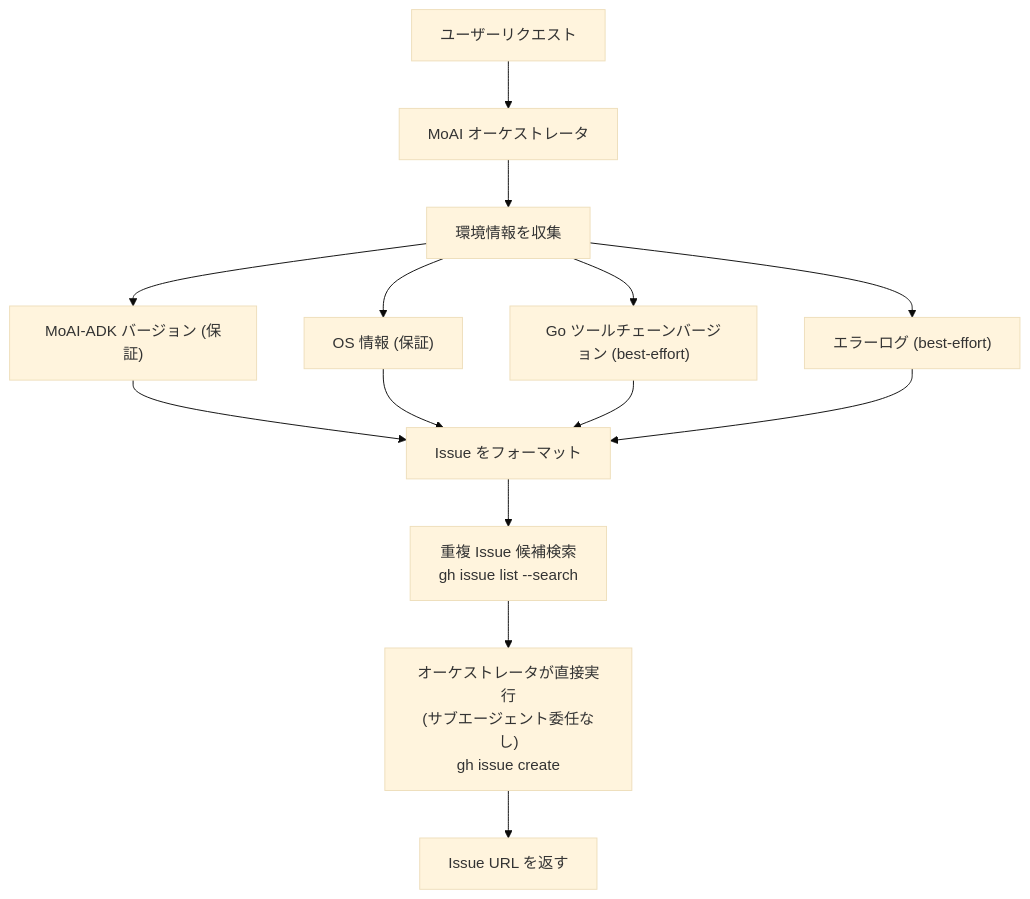
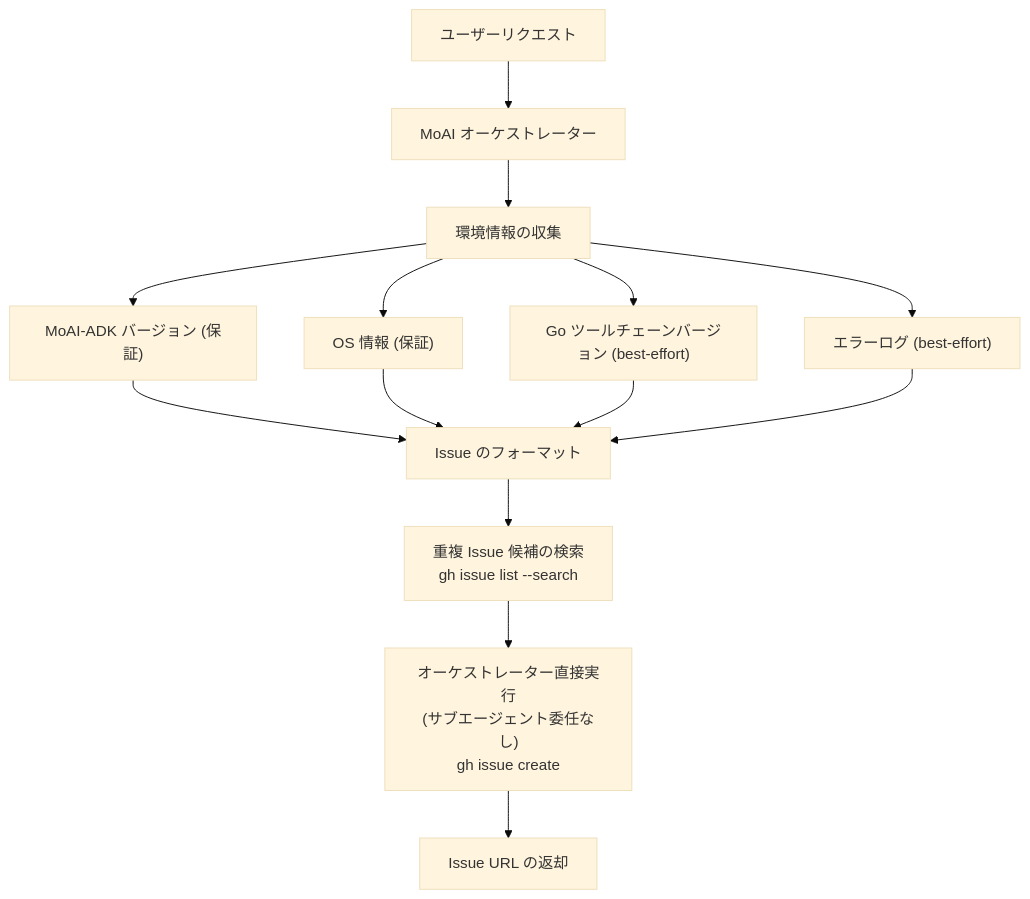
Before and after one commit to modu-ai/moai-adk: the second of 2 diagrams in docs-site/content/ja/utility-commands/moai-feedback.md, drawn with Mermaid (base theme). The commit also changed other lines of this file and 395 other files, not shown here.

````diff
--- a/docs-site/content/ja/utility-commands/moai-feedback.md
+++ b/docs-site/content/ja/utility-commands/moai-feedback.md
@@ -150,19 +142,19 @@
 ```mermaid
 flowchart TD
-    User["ユーザーリクエスト"] --> Orchestrator["MoAI オーケストレータ"]
-    Orchestrator --> Collect["環境情報を収集"]
+    User["ユーザーリクエスト"] --> Orchestrator["MoAI オーケストレーター"]
+    Orchestrator --> Collect["環境情報の収集"]
 
     Collect --> Info1["MoAI-ADK バージョン (保証)"]
     Collect --> Info2["OS 情報 (保証)"]
     Collect --> Info3["Go ツールチェーンバージョン (best-effort)"]
     Collect --> Info4["エラーログ (best-effort)"]
 
-    Info1 --> Format["Issue をフォーマット"]
+    Info1 --> Format["Issue のフォーマット"]
     Info2 --> Format
     Info3 --> Format
     Info4 --> Format
 
-    Format --> Dup["重複 Issue 候補検索<br/>gh issue list --search"]
-    Dup --> GitHub["オーケストレータが直接実行<br/>(サブエージェント委任なし)<br/>gh issue create"]
-    GitHub --> Complete["Issue URL を返す"]
+    Format --> Dup["重複 Issue 候補の検索<br/>gh issue list --search"]
+    Dup --> GitHub["オーケストレーター直接実行<br/>(サブエージェント委任なし)<br/>gh issue create"]
+    GitHub --> Complete["Issue URL の返却"]
 ```
````
